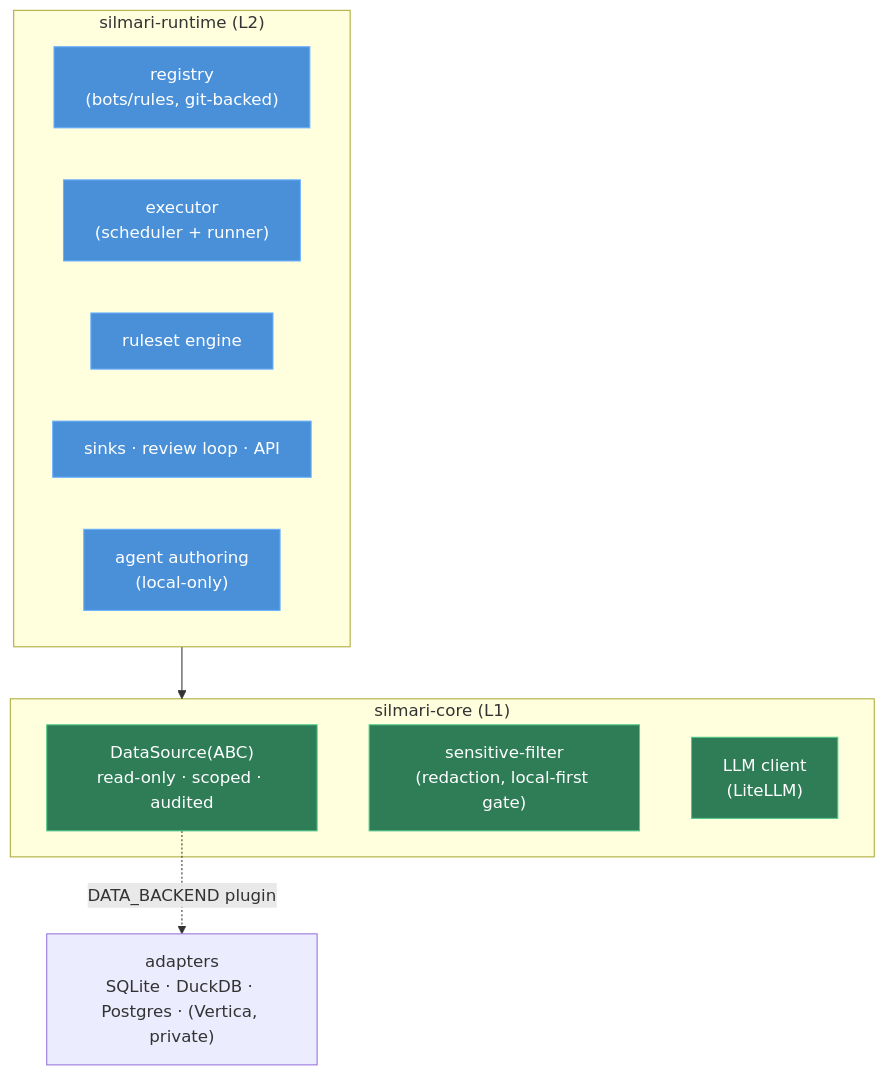
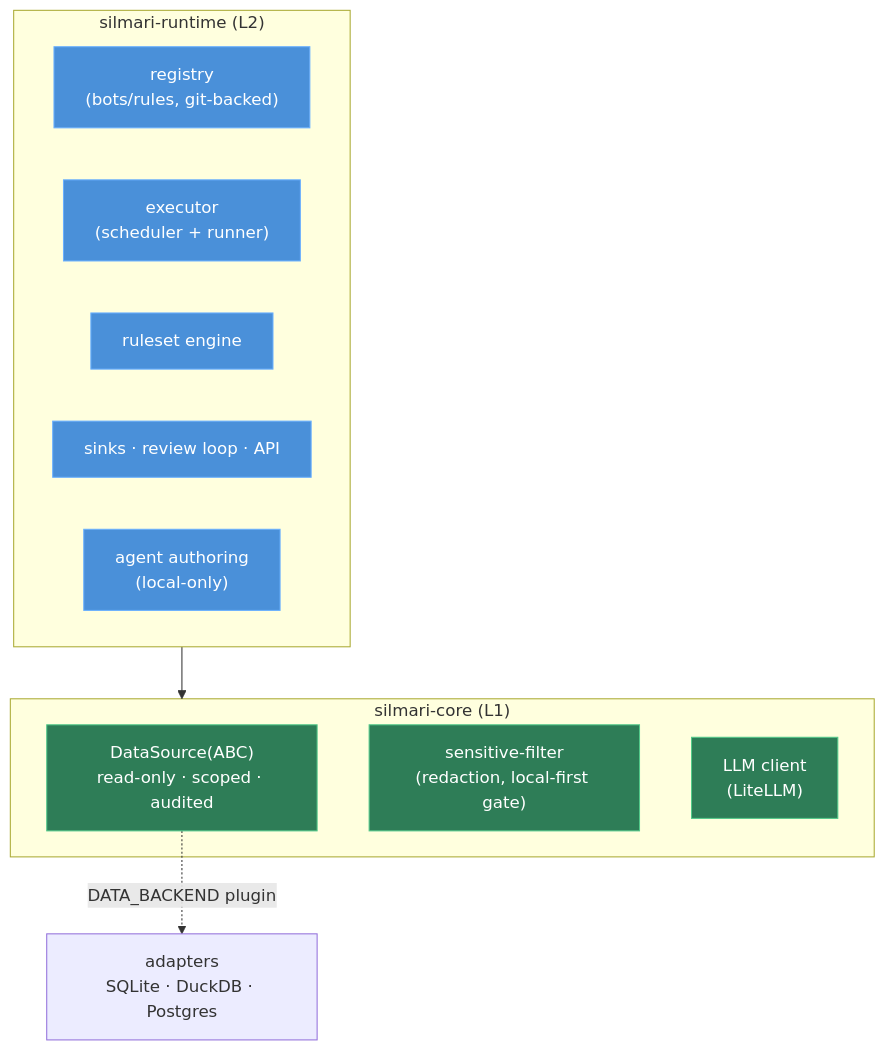
The diagram in docs/spec.md (douinc/silmari), drawn with Mermaid before and after one commit. The commit also changed other lines of this file and 8 other files, not shown here.

````diff
--- a/docs/spec.md
+++ b/docs/spec.md
@@ -54,22 +54,22 @@
 ```mermaid
 flowchart TB
     classDef l1 fill:#2e7d57,stroke:#52c98a,color:#fff
     classDef l2 fill:#4a90d9,stroke:#6ab0ff,color:#fff
 
     subgraph RT["silmari-runtime (L2)"]
         Reg["registry<br/>(bots/rules, git-backed)"]:::l2
         Exe["executor<br/>(scheduler + runner)"]:::l2
         Eng["ruleset engine"]:::l2
         Rev["sinks · review loop · API"]:::l2
         Agt["agent authoring<br/>(local-only)"]:::l2
     end
     subgraph CO["silmari-core (L1)"]
         DS["DataSource(ABC)<br/>read-only · scoped · audited"]:::l1
         SF["sensitive-filter<br/>(redaction, local-first gate)"]:::l1
         LL["LLM client<br/>(LiteLLM)"]:::l1
     end
-    Adp["adapters<br/>SQLite · DuckDB · Postgres · (Vertica, private)"]
+    Adp["adapters<br/>SQLite · DuckDB · Postgres"]
 
     RT --> CO
     DS -.->|DATA_BACKEND plugin| Adp
 ```
````
